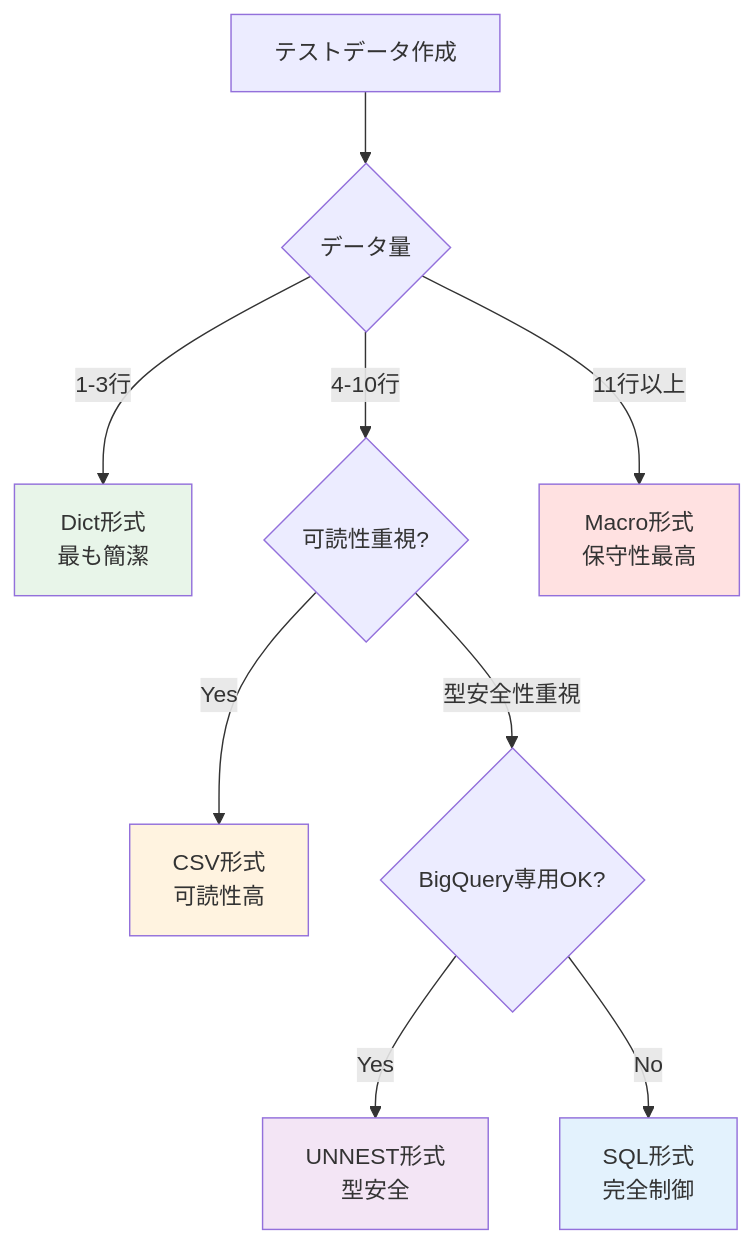
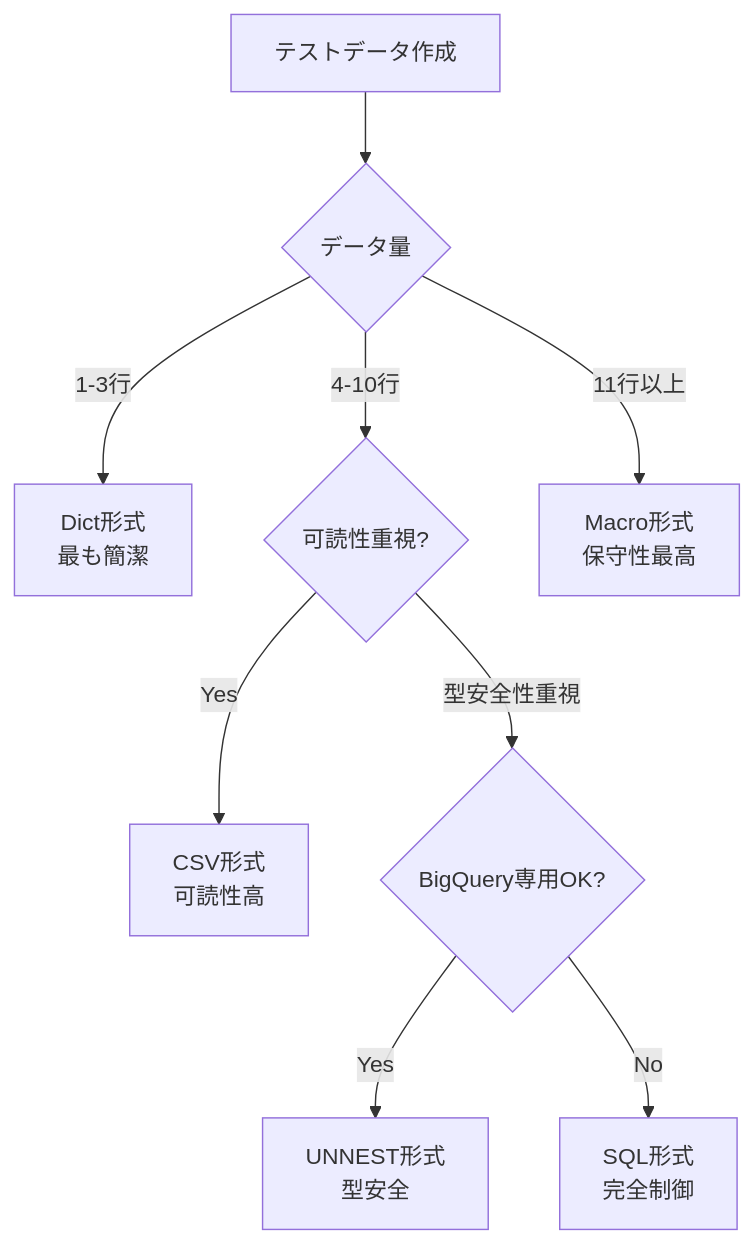
The second of 4 diagrams in content/Tech/dbt/features/unit-tests-verification.md (1210yuichi0/1210yuichi0.github.io), drawn with Mermaid before and after one commit. The commit also changed other lines of this file and 22 other files, not shown here.

First line of the commit message:
style: remove Mermaid style directives for dark mode compatibility

````diff
--- a/content/Tech/dbt/features/unit-tests-verification.md
+++ b/content/Tech/dbt/features/unit-tests-verification.md
@@ -126,19 +124,14 @@
 ```mermaid
 flowchart TD
     Start[テストデータ作成] --> Q1{データ量}
     Q1 -->|1-3行| Dict[Dict形式<br/>最も簡潔]
     Q1 -->|4-10行| Q2{可読性重視?}
     Q1 -->|11行以上| Macro[Macro形式<br/>保守性最高]
 
     Q2 -->|Yes| CSV[CSV形式<br/>可読性高]
     Q2 -->|型安全性重視| Q3{BigQuery専用OK?}
 
     Q3 -->|Yes| UNNEST[UNNEST形式<br/>型安全]
     Q3 -->|No| SQL[SQL形式<br/>完全制御]
 
-    style Dict fill:#e8f5e9
-    style CSV fill:#fff3e0
-    style SQL fill:#e3f2fd
-    style UNNEST fill:#f3e5f5
-    style Macro fill:#ffe1e1
 ```
````
